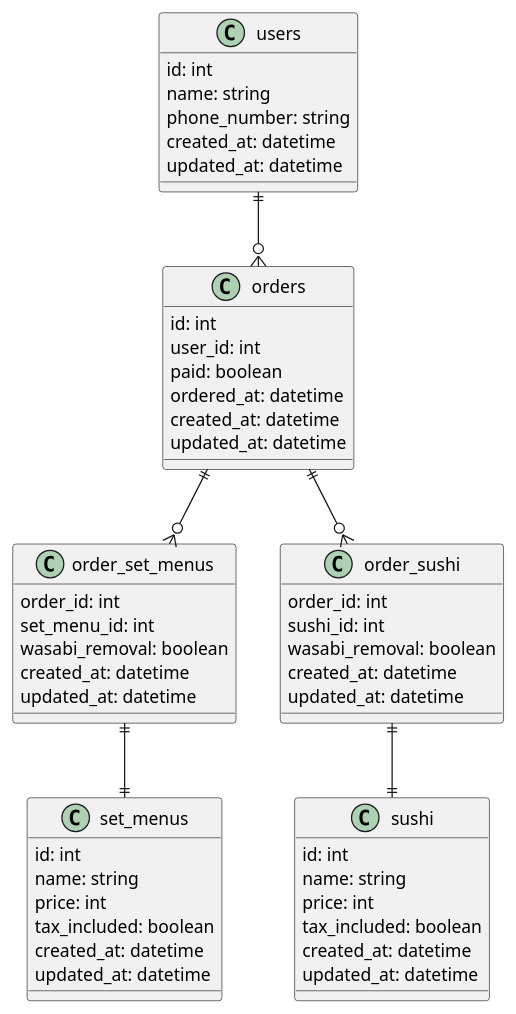
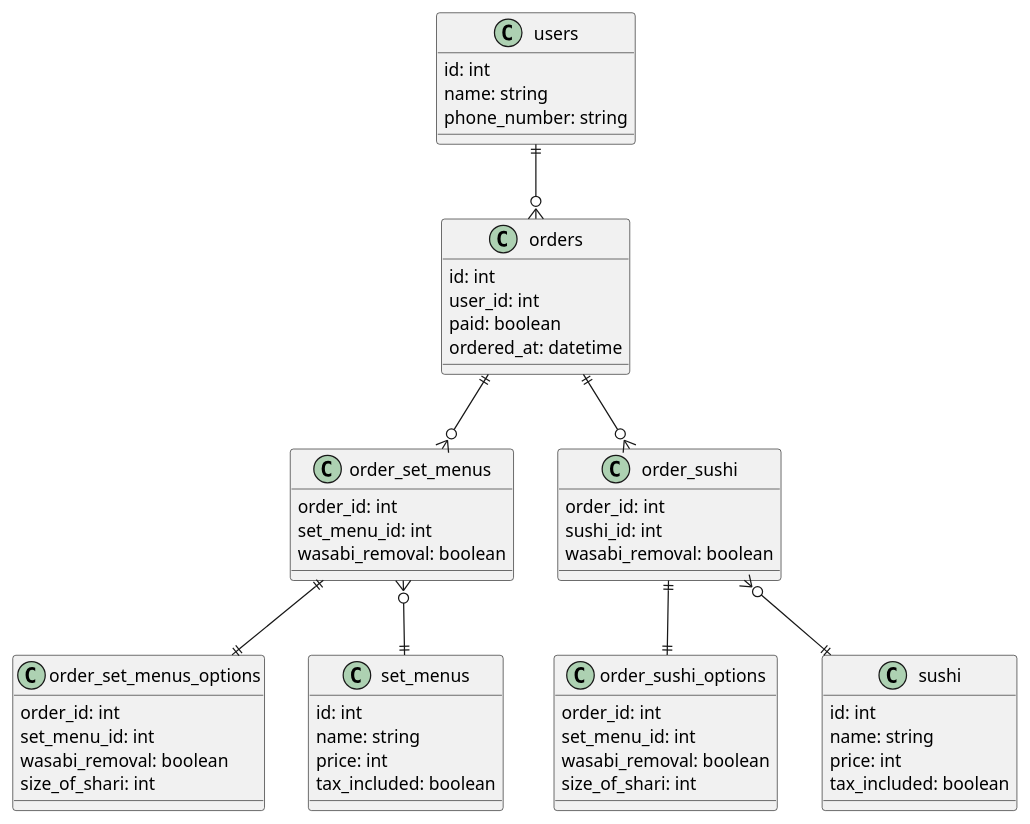
The diagram in db/db-modeling-1/sushi_order.puml (HitoroOhria/praha-challenge), drawn with PlantUML before and after one commit.

Commit message:
監査カラムの削除とオプションテーブルの追加

```diff
--- a/db/db-modeling-1/sushi_order.puml
+++ b/db/db-modeling-1/sushi_order.puml
@@ -1,61 +1,65 @@
 @startuml
 'https://plantuml.com/class-diagram
 
 class users {
   id: int
   name: string
   phone_number: string
-  created_at: datetime
-  updated_at: datetime
 }
 
 class orders {
   id: int
   user_id: int
   paid: boolean
   ordered_at: datetime
-  created_at: datetime
-  updated_at: datetime
 }
 
 class order_set_menus {
   order_id: int
   set_menu_id: int
   wasabi_removal: boolean
-  created_at: datetime
-  updated_at: datetime
 }
 
 class order_sushi {
   order_id: int
   sushi_id: int
   wasabi_removal: boolean
-  created_at: datetime
-  updated_at: datetime
+}
+
+class order_set_menus_options {
+  order_id: int
+  set_menu_id: int
+  wasabi_removal: boolean
+  size_of_shari: int
+}
+
+class order_sushi_options {
+  order_id: int
+  set_menu_id: int
+  wasabi_removal: boolean
+  size_of_shari: int
 }
 
 class set_menus {
   id: int
   name: string
   price: int
   tax_included: boolean
-  created_at: datetime
-  updated_at: datetime
 }
 
 class sushi {
   id: int
   name: string
   price: int
   tax_included: boolean
-  created_at: datetime
-  updated_at: datetime
 }
 
 users ||--o{ orders
 orders ||--o{ order_set_menus
 orders ||--o{ order_sushi
-order_set_menus ||--|| set_menus
-order_sushi ||--|| sushi
+order_set_menus }o--|| set_menus
+order_sushi }o--|| sushi
+order_set_menus ||--|| order_set_menus_options
+order_sushi ||--|| order_sushi_options
 
 @enduml
```
